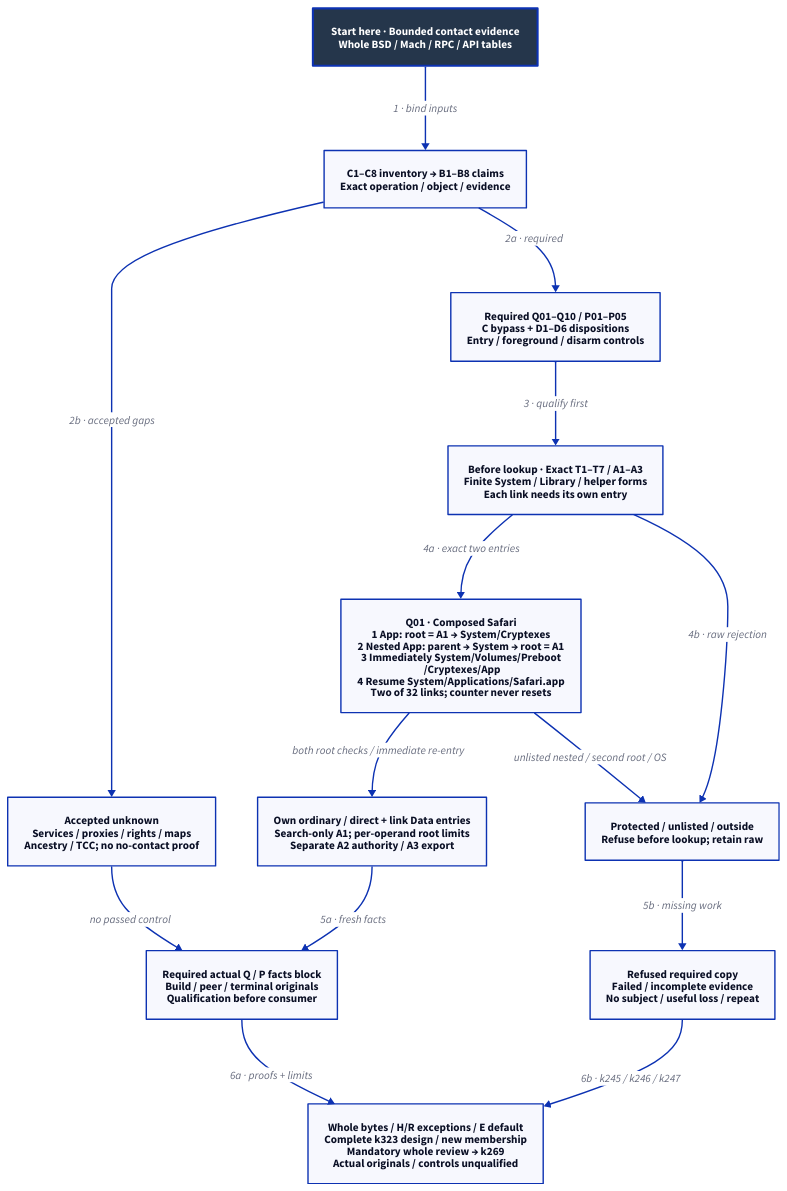
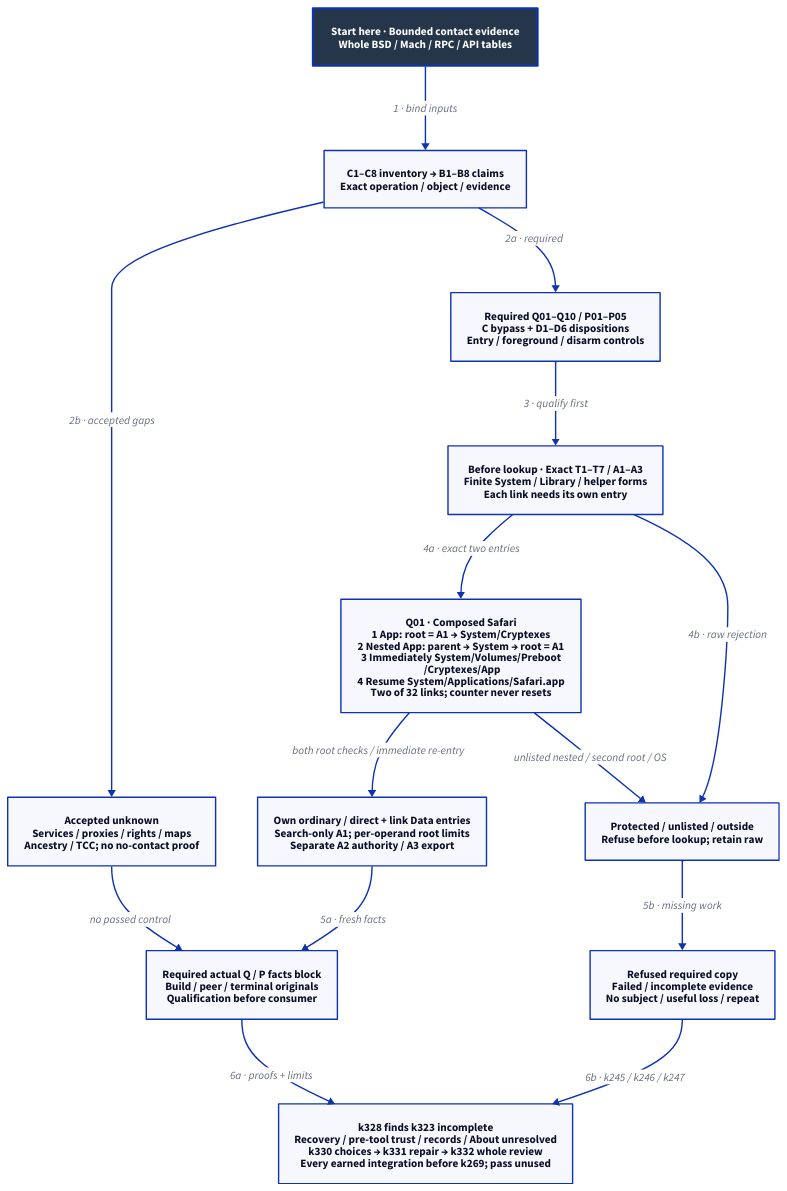
The diagram in docs/design/architecture/native-reference-contact.d2 (Linkuistics/Koine), drawn with D2 before and after one commit. The commit also changed 50 other files, not shown here.

Commit message:
Integrate practical admission review; place recovery decisions and whole replacement before construction (reference-evidence-practical-admission-k329)

```diff
--- a/docs/design/architecture/native-reference-contact.d2
+++ b/docs/design/architecture/native-reference-contact.d2
@@ -1,29 +1,29 @@
-# Selected bounded contact/pre-lookup design; no control or target evidence supplied.
+# Reviewed k323 proposal; k330/k331/k332 replacement and integrations precede k269.
 direction: down
 classes: {
   start: {style: {fill: "#25364B"; font-color: "#FFFFFF"; bold: true; stroke-width: 3}}
 }
 Start: "Start here · Bounded contact evidence\nWhole BSD / Mach / RPC / API tables" {class: start}
 Claims: "C1–C8 inventory → B1–B8 claims\nExact operation / object / evidence"
 Controls: "Required Q01–Q10 / P01–P05\nC bypass + D1–D6 dispositions\nEntry / foreground / disarm controls"
 Unknown: "Accepted unknown\nServices / proxies / rights / maps\nAncestry / TCC; no no-contact proof"
 Policy: "Before lookup · Exact T1–T7 / A1–A3\nFinite System / Library / helper forms\nEach link needs its own entry"
 Safari: "Q01 · Composed Safari\n1 App: root = A1 → System/Cryptexes\n2 Nested App: parent → System → root = A1\n3 Immediately System/Volumes/Preboot\n  /Cryptexes/App\n4 Resume System/Applications/Safari.app\nTwo of 32 links; counter never resets"
 Allowed: "Own ordinary / direct + link Data entries\nSearch-only A1; per-operand root limits\nSeparate A2 authority / A3 export"
 Refuse: "Protected / unlisted / outside\nRefuse before lookup; retain raw"
 Gate: "Required actual Q / P facts block\nBuild / peer / terminal originals\nQualification before consumer"
 Failed: "Refused required copy\nFailed / incomplete evidence\nNo subject / useful loss / repeat"
-Whole: "Whole bytes / H/R exceptions / E default\nComplete k323 design / new membership\nMandatory whole review → k269\nActual originals / controls unqualified"
+Whole: "k328 finds k323 incomplete\nRecovery / pre-tool trust / records / About unresolved\nk330 choices → k331 repair → k332 whole review\nEvery earned integration before k269; pass unused"
 Start -> Claims: "1 · bind inputs"
 Claims -> Controls: "2a · required"
 Claims -> Unknown: "2b · accepted gaps"
 Controls -> Policy: "3 · qualify first"
 Unknown -> Gate: "no passed control"
 Policy -> Safari: "4a · exact two entries"
 Safari -> Allowed: "both root checks / immediate re-entry"
 Safari -> Refuse: "unlisted nested / second root / OS"
 Policy -> Refuse: "4b · raw rejection"
 Allowed -> Gate: "5a · fresh facts"
 Refuse -> Failed: "5b · missing work"
 Gate -> Whole: "6a · proofs + limits"
 Failed -> Whole: "6b · k245 / k246 / k247"
```
